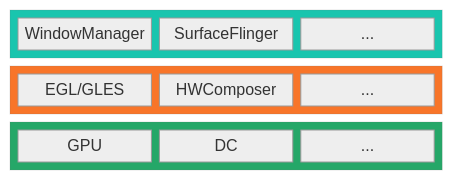
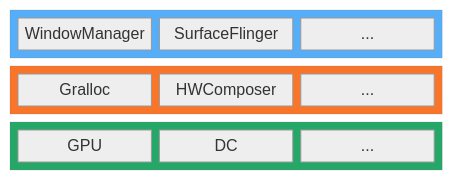
One commit to lucmann/lucmann.github.io changed the diagram in source/_posts/gfx/hal.md. Above: the diagram before and after it, drawn with Mermaid (neutral theme). The commit also changed other lines of this file, not shown here.

````diff
--- a/source/_posts/gfx/hal.md
+++ b/source/_posts/gfx/hal.md
@@ -16,26 +16,26 @@
 ```mermaid
 block-beta
   columns 3
   block:group1:3
     %% columns auto (default)   
     A["WindowManager"]
     B["SurfaceFlinger"]
     C["..."]
   end
   block:group2:3
-    a["EGL/GLES"]
+    a["Gralloc"]
     b["HWComposer"]
     c["..."]
   end
   block:group3:3
     a1["GPU"]
     b1["DC"]
     c1["..."]
   end
-  %% 海沫蓝
-  style group1 fill:#19C5AE
+  %% **蓝
+  style group1 fill:#55AEF7
   %% **橙
   style group2 fill:#F87529
   %% **绿
   style group3 fill:#25A768
 ```
````
